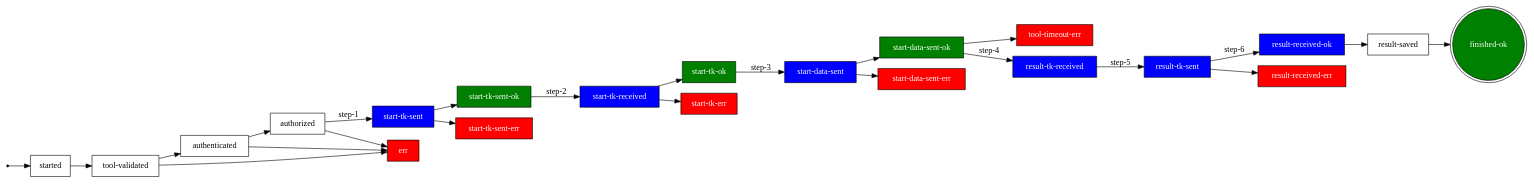
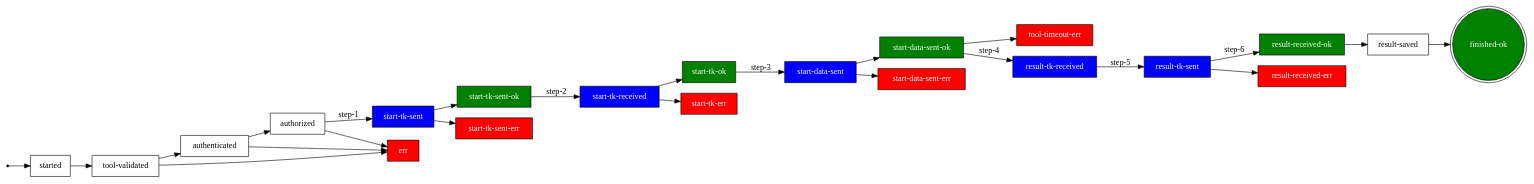
The diagram in docs/diagrams/transitions.dot (thebjorn/toolcall), drawn with Graphviz before and after one commit. The commit also changed 31 other files, not shown here.

```diff
--- a/docs/diagrams/transitions.dot
+++ b/docs/diagrams/transitions.dot
@@ -1,45 +1,46 @@
-
 digraph G {
     node [shape=box];
     rankdir = "LR";
-    "start-tk-sent-ok" -> "start-tk-received" [label="step-2"];
-"result-received-ok" -> "result-saved";
-"start-tk-sent" -> "start-tk-sent-ok";
-"start-tk-sent" -> "start-tk-sent-err";
-"authenticated" -> "authorized";
-"authenticated" -> "err";
-"start-data-sent-ok" -> "tool-timeout-err";
-"start-data-sent-ok" -> "result-tk-received" [label="step-4"];
-"started" -> "tool-validated";
-"initial" -> "started";
-"tool-validated" -> "authenticated";
-"tool-validated" -> "err";
-"result-saved" -> "finished-ok";
-"authorized" -> "start-tk-sent" [label="step-1"];
-"authorized" -> "err";
-"start-tk-received" -> "start-tk-ok";
-"start-tk-received" -> "start-tk-err";
-"result-tk-sent" -> "result-received-ok" [label="step-6"];
-"result-tk-sent" -> "result-received-err";
-"result-tk-received" -> "result-tk-sent" [label="step-5"];
-"start-tk-ok" -> "start-data-sent" [label="step-3"];
-"start-data-sent" -> "start-data-sent-ok";
-"start-data-sent" -> "start-data-sent-err";
-    "start-tk-sent-ok" [fontcolor=white;style=filled;fillcolor=green];
-"start-tk-sent" [fontcolor=white;style=filled;comm=1;fillcolor=blue];
-"initial" [shape=point];
-"finished-ok" [fontcolor=white;shape=doublecircle;style=filled;fillcolor=green];
-"start-tk-err" [fontcolor=white;style=filled;fillcolor=red];
-"result-received-err" [fontcolor=white;style=filled;fillcolor=red];
-"start-tk-received" [fontcolor=white;style=filled;comm=2;fillcolor=blue];
-"result-received-ok" [style=filled;comm=6;fillcolor=blue;fontcolor=white];
-"tool-timeout-err" [fontcolor=white;style=filled;fillcolor=red];
-"err" [fontcolor=white;style=filled;fillcolor=red];
-"start-data-sent-err" [fontcolor=white;style=filled;fillcolor=red];
-"start-data-sent-ok" [fontcolor=white;style=filled;fillcolor=green];
-"start-tk-sent-err" [fontcolor=white;style=filled;fillcolor=red];
-"result-tk-received" [fontcolor=white;style=filled;comm=4;fillcolor=blue];
-"result-tk-sent" [fontcolor=white;style=filled;comm=5;fillcolor=blue];
-"start-tk-ok" [fontcolor=white;style=filled;fillcolor=green];
-"start-data-sent" [fontcolor=white;style=filled;comm=3;fillcolor=blue];
+
+        "start-tk-sent-ok" -> "start-tk-received" [label="step-2"];
+        "result-received-ok" -> "result-saved";
+        "start-tk-sent" -> "start-tk-sent-ok";
+        "start-tk-sent" -> "start-tk-sent-err";
+        "authenticated" -> "authorized";
+        "authenticated" -> "err";
+        "start-data-sent-ok" -> "tool-timeout-err";
+        "start-data-sent-ok" -> "result-tk-received" [label="step-4"];
+        "started" -> "tool-validated";
+        "initial" -> "started";
+        "tool-validated" -> "authenticated";
+        "tool-validated" -> "err";
+        "result-saved" -> "finished-ok";
+        "authorized" -> "start-tk-sent" [label="step-1"];
+        "authorized" -> "err";
+        "start-tk-received" -> "start-tk-ok";
+        "start-tk-received" -> "start-tk-err";
+        "result-tk-sent" -> "result-received-ok" [label="step-6"];
+        "result-tk-sent" -> "result-received-err";
+        "result-tk-received" -> "result-tk-sent" [label="step-5"];
+        "start-tk-ok" -> "start-data-sent" [label="step-3"];
+        "start-data-sent" -> "start-data-sent-ok";
+        "start-data-sent" -> "start-data-sent-err";
+
+        "start-tk-sent-ok" [fontcolor=white;style=filled;fillcolor=green];
+        "start-tk-sent" [fontcolor=white;style=filled;fillcolor=blue];
+        "initial" [shape=point];
+        "finished-ok" [fontcolor=white;shape=doublecircle;style=filled;fillcolor=green];
+        "start-tk-err" [fontcolor=white;style=filled;fillcolor=red];
+        "result-received-err" [fontcolor=white;style=filled;fillcolor=red];
+        "start-tk-received" [fontcolor=white;style=filled;fillcolor=blue];
+        "result-received-ok" [style=filled;fillcolor=green;fontcolor=white];
+        "tool-timeout-err" [fontcolor=white;style=filled;fillcolor=red];
+        "err" [fontcolor=white;style=filled;fillcolor=red];
+        "start-data-sent-err" [fontcolor=white;style=filled;fillcolor=red];
+        "start-data-sent-ok" [fontcolor=white;style=filled;fillcolor=green];
+        "start-tk-sent-err" [fontcolor=white;style=filled;fillcolor=red];
+        "result-tk-received" [fontcolor=white;style=filled;fillcolor=blue];
+        "result-tk-sent" [fontcolor=white;style=filled;fillcolor=blue];
+        "start-tk-ok" [fontcolor=white;style=filled;fillcolor=green];
+        "start-data-sent" [fontcolor=white;style=filled;fillcolor=blue];
 }
```
